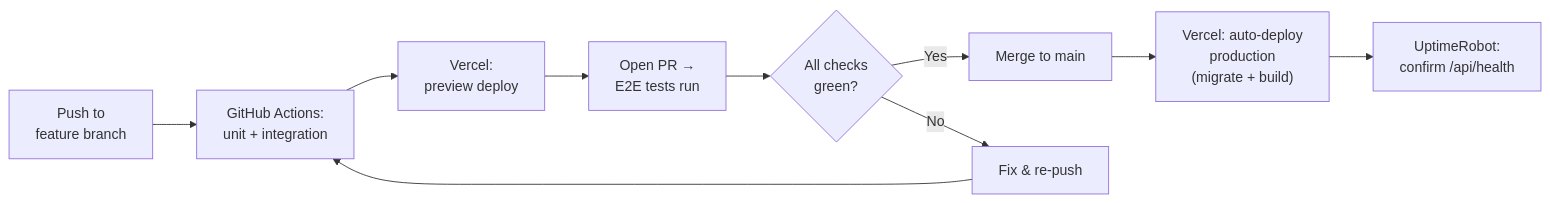
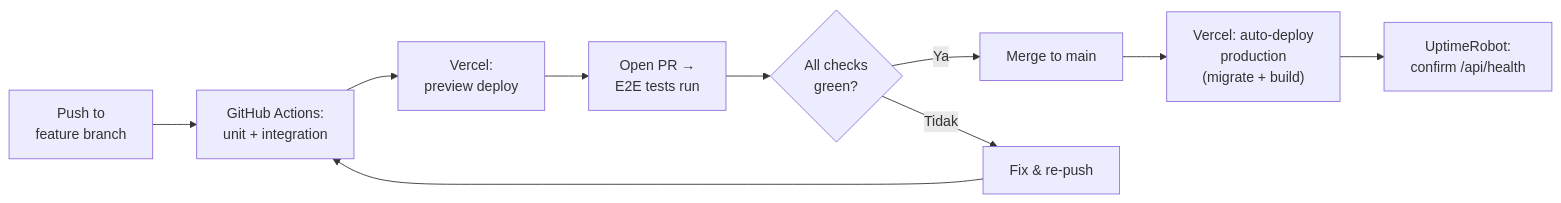
The diagram in docs/DEPLOYMENT.md (yarsi-ai/sicaps), drawn with Mermaid before and after one commit. The commit also changed other lines of this file and 104 other files, not shown here.

````diff
--- a/docs/DEPLOYMENT.md
+++ b/docs/DEPLOYMENT.md
@@ -328,12 +328,12 @@
 ```mermaid
 flowchart LR
     A["Push to<br/>feature branch"] --> B["GitHub Actions:<br/>unit + integration"]
     B --> C["Vercel:<br/>preview deploy"]
     C --> D["Open PR →<br/>E2E tests run"]
     D --> E{"All checks<br/>green?"}
-    E -->|Yes| F["Merge to main"]
-    E -->|No| G["Fix & re-push"]
+    E -->|Ya| F["Merge to main"]
+    E -->|Tidak| G["Fix & re-push"]
     G --> B
     F --> H["Vercel: auto-deploy<br/>production<br/>(migrate + build)"]
     H --> I["UptimeRobot:<br/>confirm /api/health"]
 ```
````
